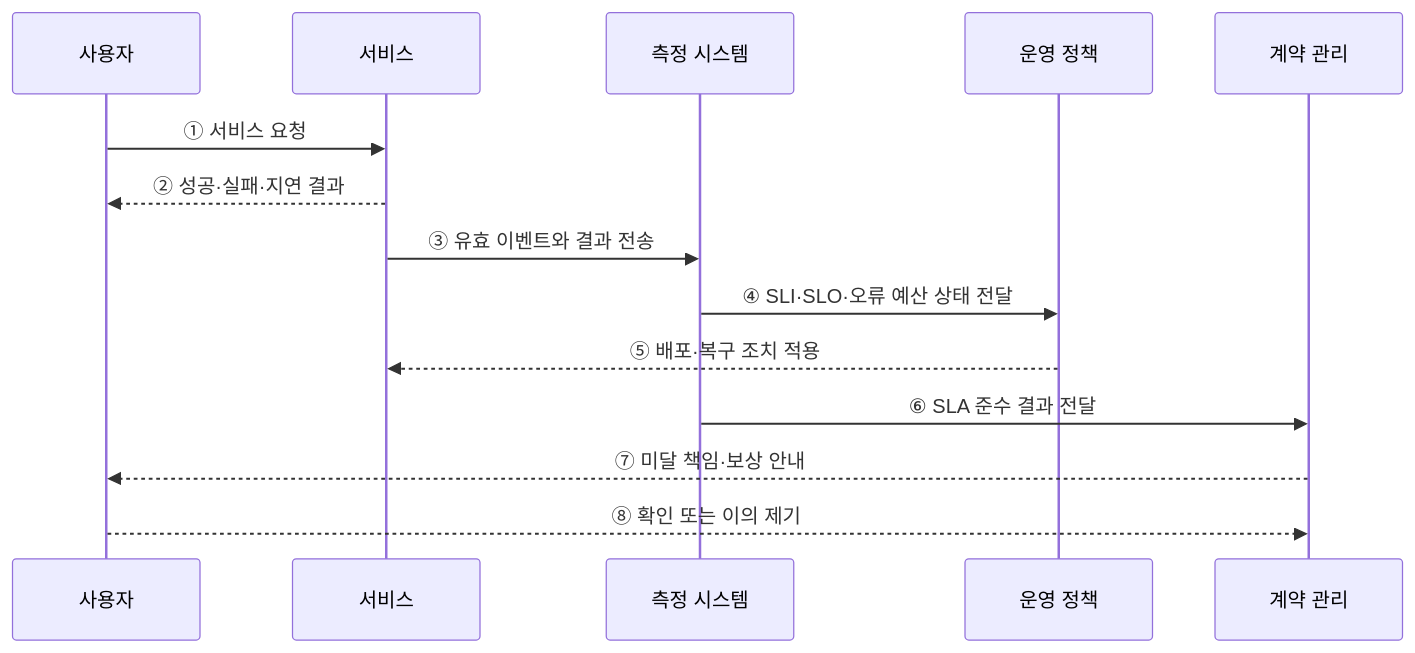
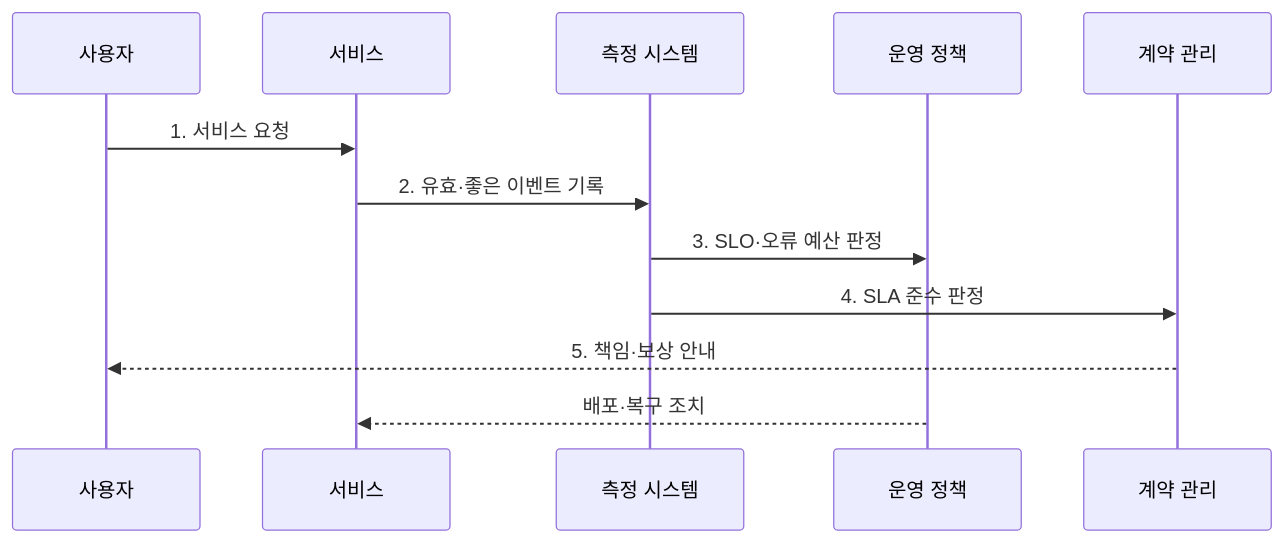
Before and after one commit to agnusdei1207/knowledge-base: the second of 2 diagrams in src/content/docs/notes/03-software/165_slo_sla_sli.md, drawn with Mermaid. The commit also changed other lines of this file and 20 other files, not shown here.

````diff
--- a/src/content/docs/notes/03-software/165_slo_sla_sli.md
+++ b/src/content/docs/notes/03-software/165_slo_sla_sli.md
@@ -67,16 +81,14 @@
 ```mermaid
 sequenceDiagram
     participant U as 사용자
     participant S as 서비스
     participant M as 측정 시스템
     participant O as 운영 정책
     participant C as 계약 관리
-    U->>S: ① 서비스 요청
-    S-->>U: ② 성공·실패·지연 결과
-    S->>M: ③ 유효 이벤트와 결과 전송
-    M->>O: ④ SLI·SLO·오류 예산 상태 전달
-    O-->>S: ⑤ 배포·복구 조치 적용
-    M->>C: ⑥ SLA 준수 결과 전달
-    C-->>U: ⑦ 미달 책임·보상 안내
-    U-->>C: ⑧ 확인 또는 이의 제기
+    U->>S: 1. 서비스 요청
+    S->>M: 2. 유효·좋은 이벤트 기록
+    M->>O: 3. SLO·오류 예산 판정
+    M->>C: 4. SLA 준수 판정
+    C-->>U: 5. 책임·보상 안내
+    O-->>S: 배포·복구 조치
 ```
````
